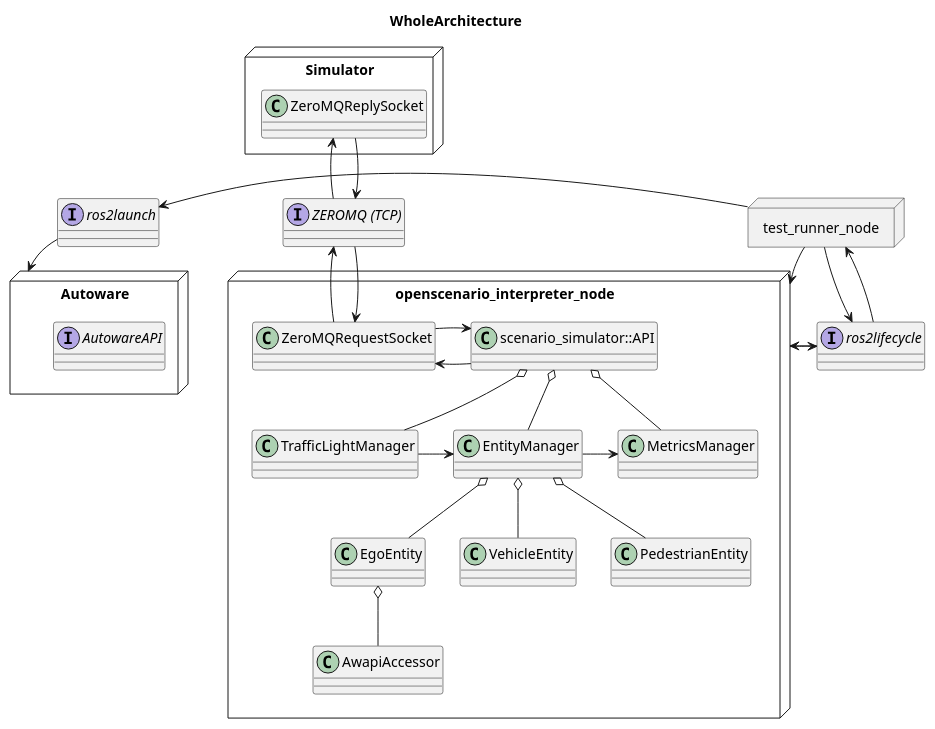
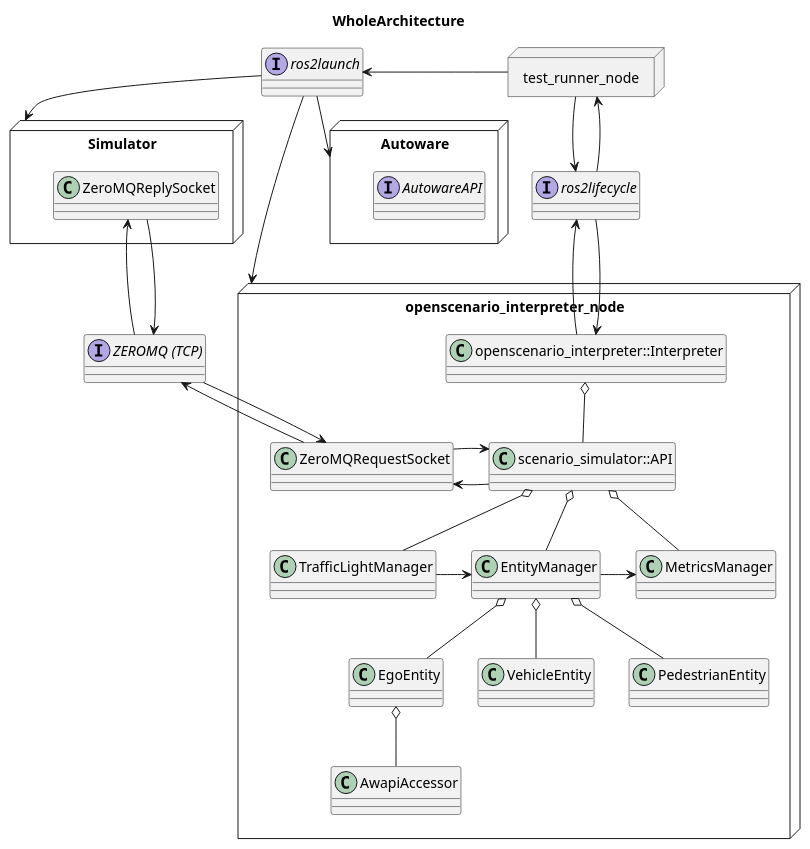
The diagram in docs/design/uml/whole_architecture.pu (tier4/scenario_simulator_v2), drawn with PlantUML before and after one commit.

Commit message:
update plant uml

```diff
--- a/docs/design/uml/whole_architecture.pu
+++ b/docs/design/uml/whole_architecture.pu
@@ -1,62 +1,66 @@
 @startuml
 allow_mixing
 title WholeArchitecture
 
 interface ros2lifecycle
 
 Node openscenario_interpreter_node {
+  class openscenario_interpreter::Interpreter
   class EntityManager
   class TrafficLightManager
   class MetricsManager
   class scenario_simulator::API
   class ZeroMQRequestSocket
+  openscenario_interpreter::Interpreter o-- scenario_simulator::API
   scenario_simulator::API o-- EntityManager
   scenario_simulator::API o-- TrafficLightManager
   scenario_simulator::API o-- MetricsManager
   TrafficLightManager -right-> EntityManager
   EntityManager -right-> MetricsManager
   class EgoEntity
   class VehicleEntity
   class PedestrianEntity
   EntityManager o-- EgoEntity
   EntityManager o-- VehicleEntity
   EntityManager o-- PedestrianEntity
   class AwapiAccessor
   EgoEntity o-- AwapiAccessor
 }
 
-openscenario_interpreter_node -up-> ros2lifecycle
+openscenario_interpreter::Interpreter -up-> ros2lifecycle
 
-ros2lifecycle -right-> openscenario_interpreter_node
+ros2lifecycle -down-> openscenario_interpreter::Interpreter
 
 Node test_runner_node {
 }
 
-test_runner_node -down-> openscenario_interpreter_node
 test_runner_node -down-> ros2lifecycle
 ros2lifecycle -up-> test_runner_node
 
 Node Autoware {
   Interface AutowareAPI
 }
 
 interface ros2launch
 
 test_runner_node --left-> ros2launch
 ros2launch -down-> Autoware
+ros2launch -down-> openscenario_interpreter_node
 
 interface "ZEROMQ (TCP)"
 
 scenario_simulator::API -left-> ZeroMQRequestSocket
 ZeroMQRequestSocket -right-> scenario_simulator::API
 ZeroMQRequestSocket -up-> "ZEROMQ (TCP)"
 "ZEROMQ (TCP)" -down-> ZeroMQRequestSocket
 
 Node Simulator {
   class ZeroMQReplySocket
 }
 
+ros2launch -down-> Simulator
+
 "ZEROMQ (TCP)" -up-> ZeroMQReplySocket
 ZeroMQReplySocket -down-> "ZEROMQ (TCP)"
 
 @enduml
```
